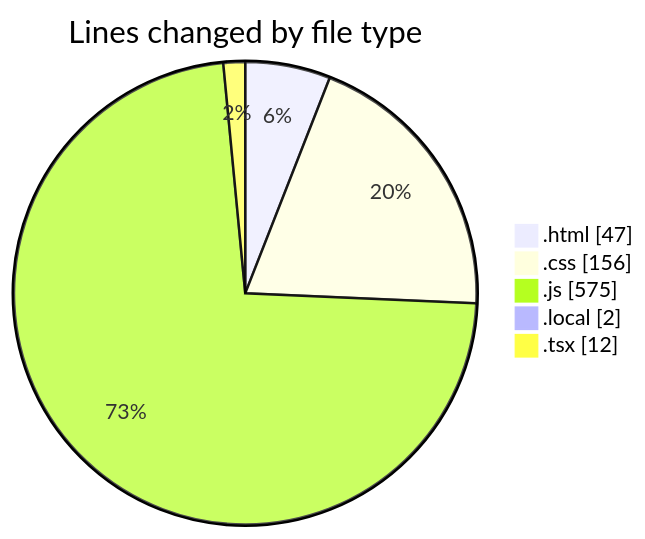
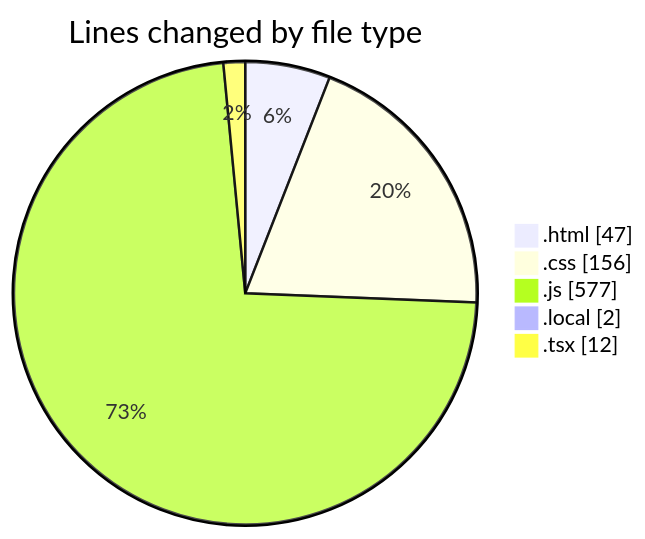
Before and after one commit to Ritupan-Deka/code-tracking: the first of 2 diagrams in 2025-05-03/projects/README.md, drawn with Mermaid. The commit also changed other lines of this file and 1 other file, not shown here.

````diff
--- a/2025-05-03/projects/README.md
+++ b/2025-05-03/projects/README.md
@@ -31,9 +31,9 @@
 ```mermaid
 pie showData
 title Lines changed by file type
 ".html" : 47
 ".css" : 156
-".js" : 575
+".js" : 577
 ".local" : 2
 ".tsx" : 12
 ```
````
